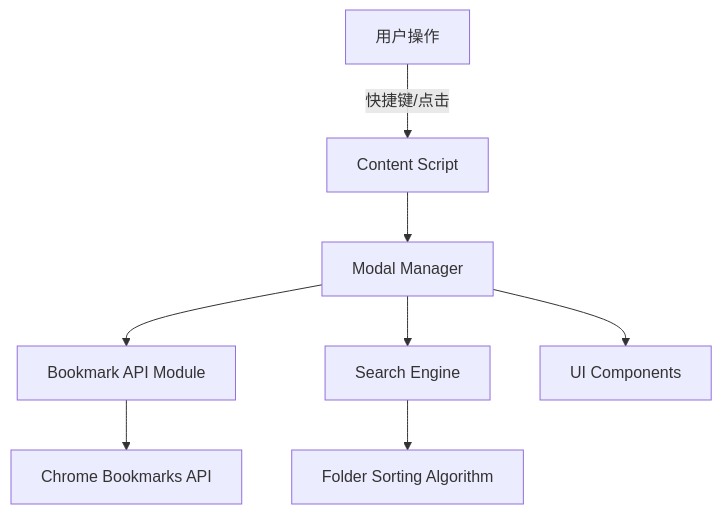
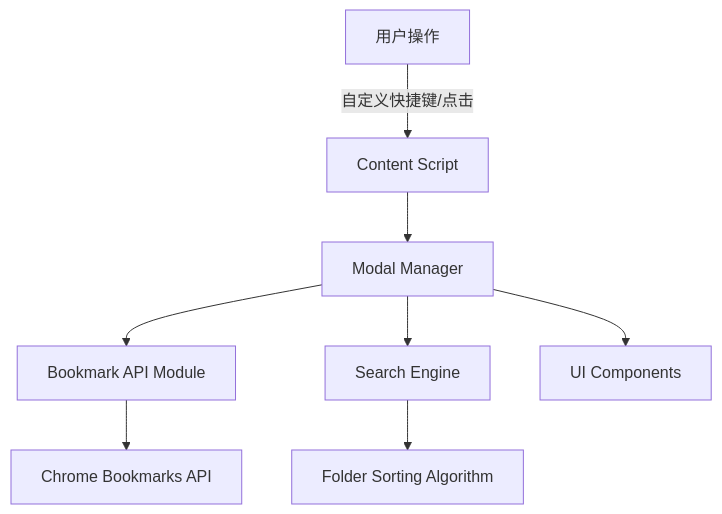
The diagram in docs/smart-bookmark-extension-technical-spec.md (Adyun/Bookmark-Butler), drawn with Mermaid before and after one commit. The commit also changed other lines of this file and 4 other files, not shown here.

````diff
--- a/docs/smart-bookmark-extension-technical-spec.md
+++ b/docs/smart-bookmark-extension-technical-spec.md
@@ -7,10 +7,10 @@
 ```mermaid
 graph TD
-    A[用户操作] -->|快捷键/点击| B[Content Script]
+    A[用户操作] -->|自定义快捷键/点击| B[Content Script]
     B --> C[Modal Manager]
     C --> D[Bookmark API Module]
     D --> E[Chrome Bookmarks API]
     C --> F[Search Engine]
     F --> G[Folder Sorting Algorithm]
     C --> H[UI Components]
 ```
````
